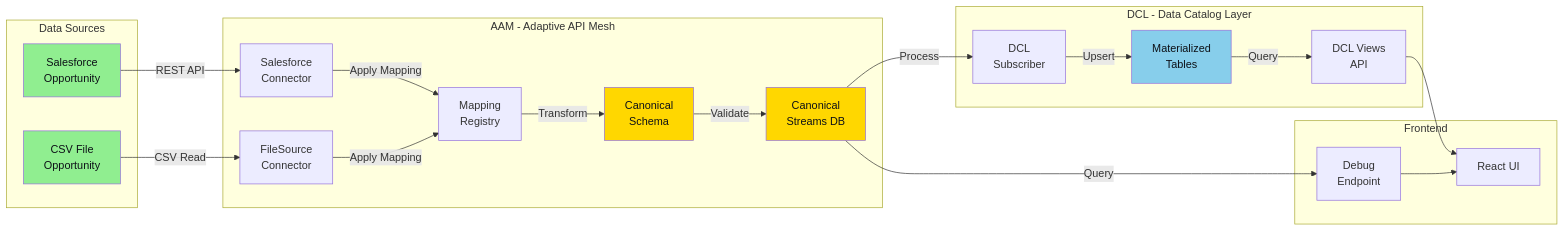
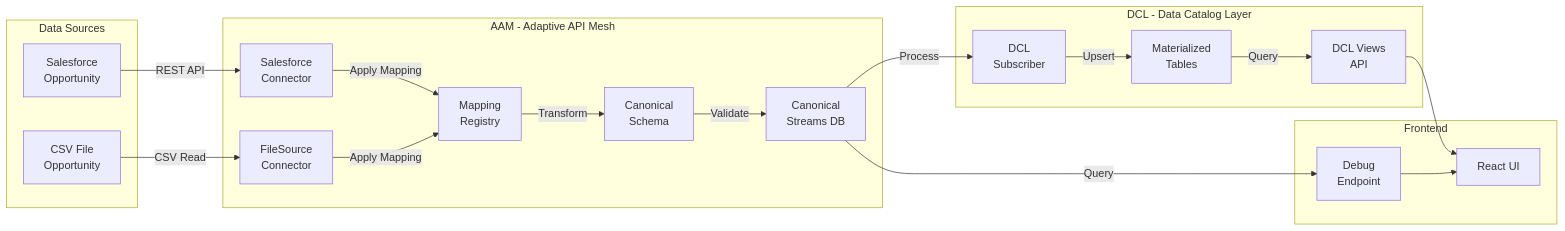
The second of 8 diagrams in ARCHITECTURE.md (ilyacantor/autonomos-platform), drawn with Mermaid before and after one commit. The commit also changed other lines of this file and 1 other file, not shown here.

First line of the commit message:
Reset formatting and update visuals for architecture documentation

````diff
--- a/ARCHITECTURE.md
+++ b/ARCHITECTURE.md
@@ -99,50 +92,45 @@
 ```mermaid
 graph LR
     subgraph "Data Sources"
         SF_OPP[Salesforce<br/>Opportunity]
         CSV_OPP[CSV File<br/>Opportunity]
     end
 
     subgraph "AAM - Adaptive API Mesh"
         CONN_SF[Salesforce<br/>Connector]
         CONN_FS[FileSource<br/>Connector]
         MAP_REG[Mapping<br/>Registry]
         CANON[Canonical<br/>Schema]
         STREAM[Canonical<br/>Streams DB]
     end
 
     subgraph "DCL - Data Catalog Layer"
         SUB[DCL<br/>Subscriber]
         MAT[Materialized<br/>Tables]
         VIEWS[DCL Views<br/>API]
     end
 
     subgraph "Frontend"
         UI[React UI]
         DEBUG[Debug<br/>Endpoint]
     end
 
     SF_OPP -->|REST API| CONN_SF
     CSV_OPP -->|CSV Read| CONN_FS
 
     CONN_SF -->|Apply Mapping| MAP_REG
     CONN_FS -->|Apply Mapping| MAP_REG
 
     MAP_REG -->|Transform| CANON
     CANON -->|Validate| STREAM
 
     STREAM -->|Process| SUB
     SUB -->|Upsert| MAT
 
     MAT -->|Query| VIEWS
     STREAM -->|Query| DEBUG
 
     VIEWS --> UI
     DEBUG --> UI
 
-    style SF_OPP fill:#90EE90,color:#0D1117
-    style CSV_OPP fill:#90EE90,color:#0D1117
-    style CANON fill:#FFD700,color:#0D1117
-    style STREAM fill:#FFD700,color:#0D1117
-    style MAT fill:#87CEEB,color:#0D1117
 ```
````
